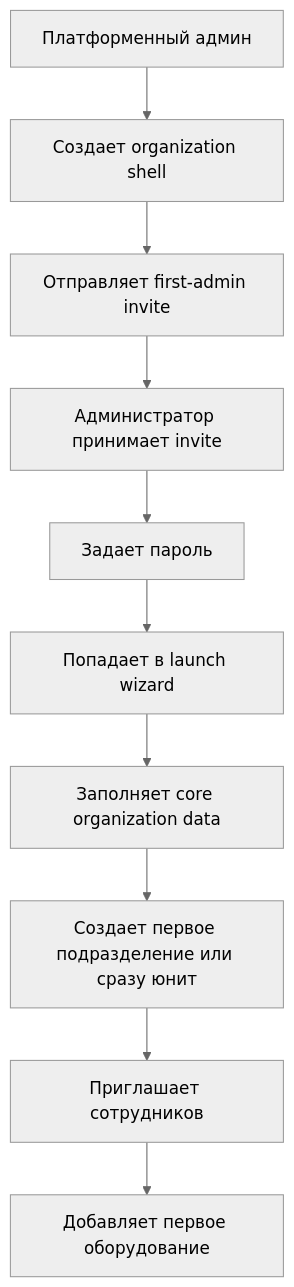
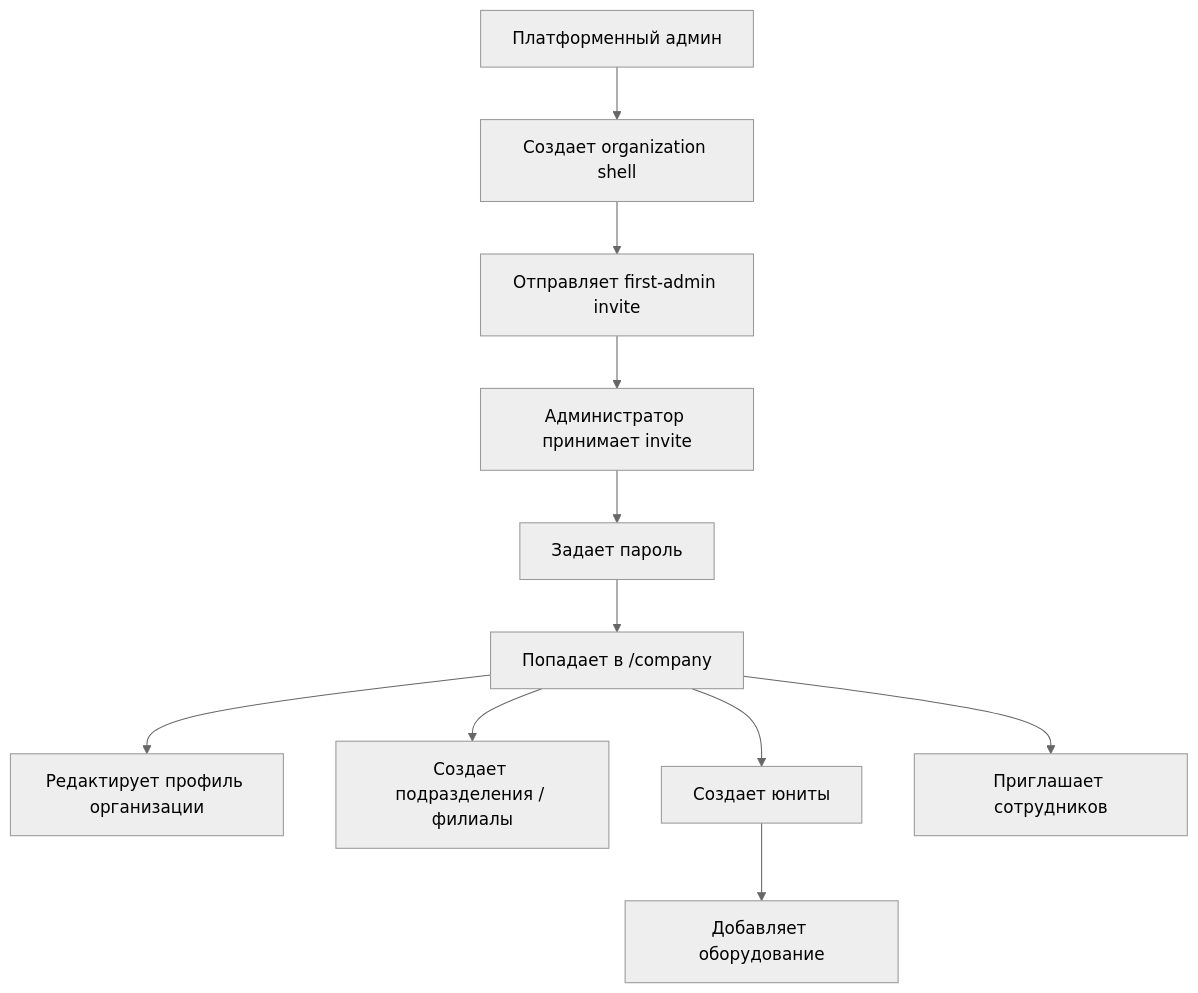
Before and after one commit to vrk-app/vrk: the second of 10 diagrams in docs/architecture/identity-master-data.md, drawn with Mermaid (neutral theme). The commit also changed other lines of this file and 313 other files, not shown here.

````diff
--- a/docs/architecture/identity-master-data.md
+++ b/docs/architecture/identity-master-data.md
@@ -57,12 +58,13 @@
 ```mermaid
 flowchart TD
     A["Платформенный админ"] --> B["Создает organization shell"]
     B --> C["Отправляет first-admin invite"]
     C --> D["Администратор принимает invite"]
     D --> E["Задает пароль"]
-    E --> F["Попадает в launch wizard"]
-    F --> G["Заполняет core organization data"]
-    G --> H["Создает первое подразделение или сразу юнит"]
-    H --> I["Приглашает сотрудников"]
-    I --> J["Добавляет первое оборудование"]
+    E --> F["Попадает в /company"]
+    F --> G["Редактирует профиль организации"]
+    F --> H["Создает подразделения / филиалы"]
+    F --> I["Создает юниты"]
+    F --> J["Приглашает сотрудников"]
+    I --> K["Добавляет оборудование"]
 ```
````
